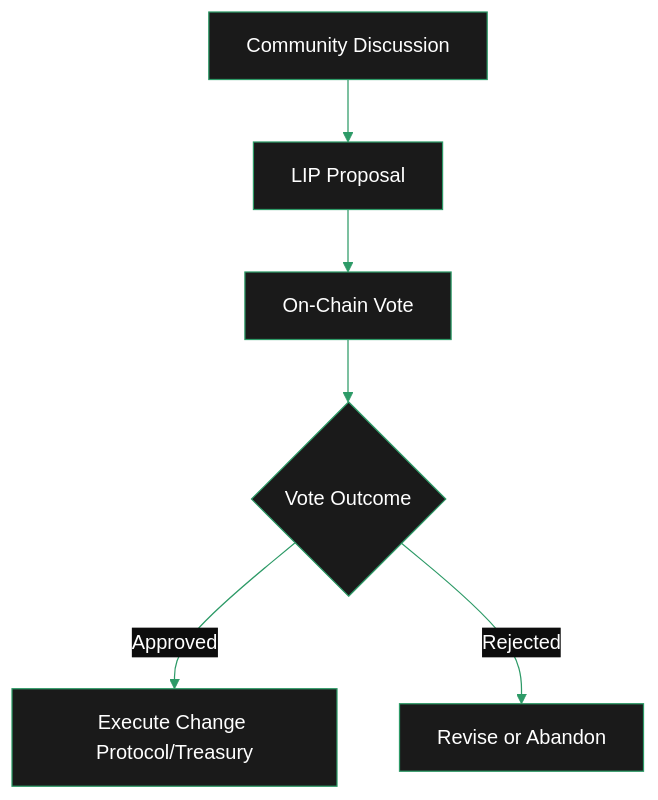
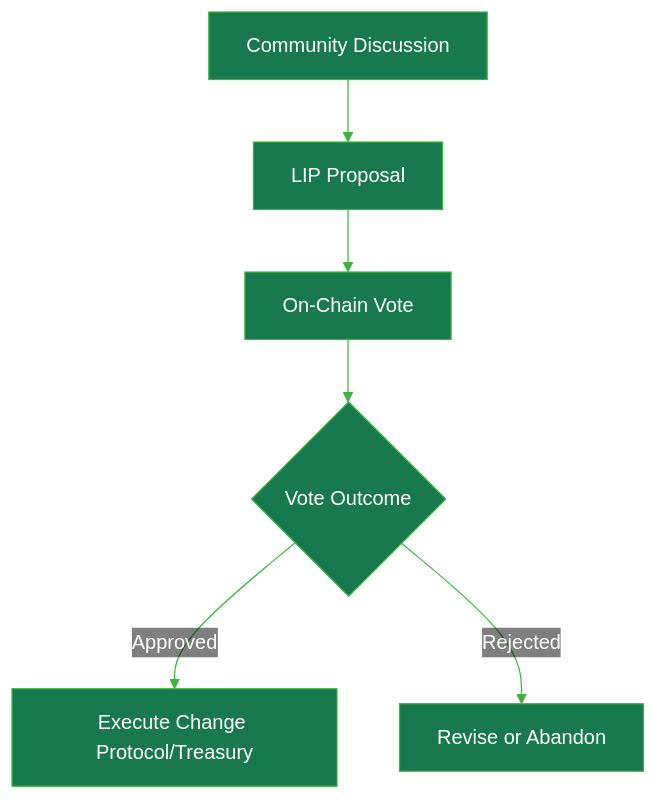
The diagram in v2/about/protocol/governance-model.mdx (its-DeFine/docs), drawn with Mermaid before and after one commit. The commit also changed 87 other files, not shown here.

````diff
--- a/v2/about/protocol/governance-model.mdx
+++ b/v2/about/protocol/governance-model.mdx
@@ -187,9 +187,9 @@
 ```mermaid
-%%{init: {'theme': 'base', 'themeVariables': { 'primaryColor': '#1a1a1a', 'primaryTextColor': '#fff', 'primaryBorderColor': '#2d9a67', 'lineColor': '#2d9a67', 'secondaryColor': '#0d0d0d', 'tertiaryColor': '#1a1a1a', 'background': '#0d0d0d', 'fontFamily': 'system-ui' }}}%%
+%%{init: {'theme': 'base', 'themeVariables': {'primaryColor': '#18794E', 'primaryTextColor': '#fff', 'primaryBorderColor': '#3CB540', 'lineColor': '#3CB540', 'mainBkg': '#18794E', 'nodeBorder': '#3CB540', 'clusterBkg': 'transparent', 'clusterBorder': '#3CB540', 'titleColor': '#3CB540', 'edgeLabelBackground': 'transparent', 'textColor': '#3CB540', 'nodeTextColor': '#fff'}}}%%
 flowchart TD
 A[Community Discussion] --> B[LIP Proposal]
 B --> C[On-Chain Vote]
 C --> D{Vote Outcome}
 D -- Approved --> E[Execute Change Protocol/Treasury]
 D -- Rejected --> F[Revise or Abandon]
 ```
````
